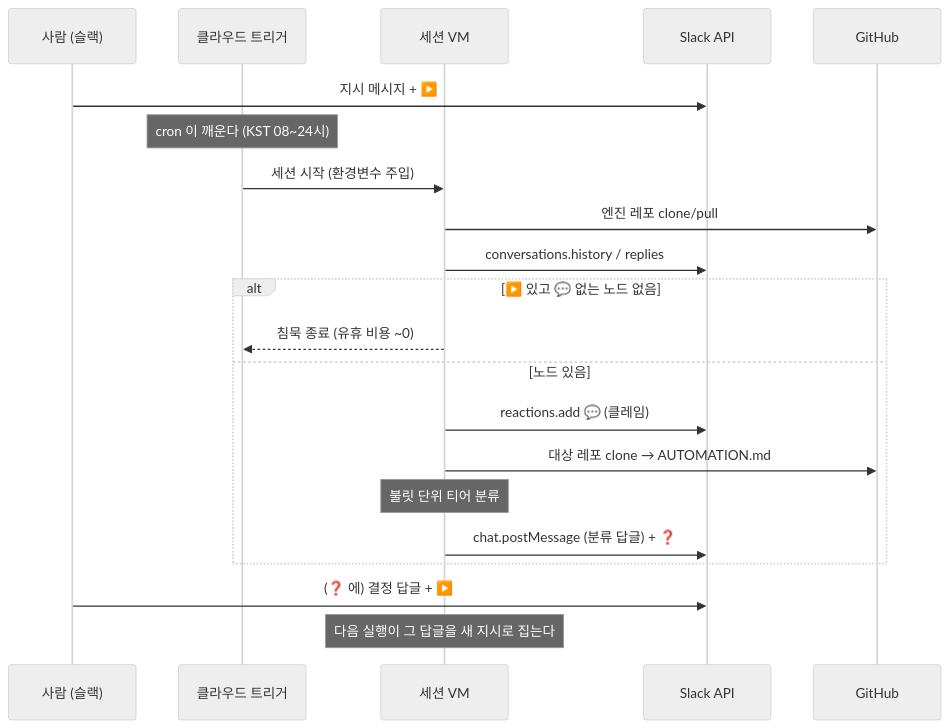
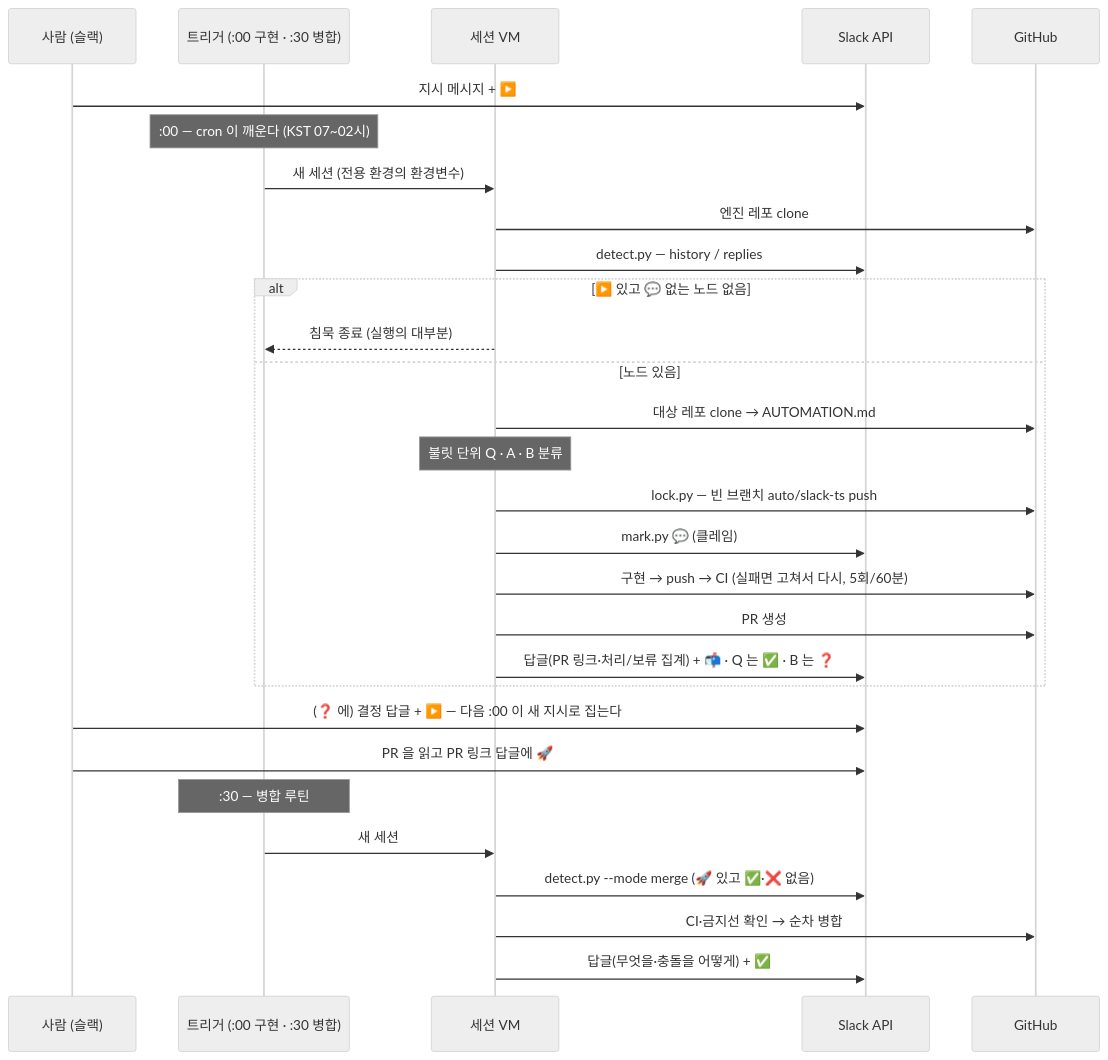
One commit to jonusHK/slack-autopilot changed the first of 3 diagrams in docs/design/runtime.md. Above: the diagram before and after it, drawn with Mermaid (neutral theme). The commit also changed other lines of this file and 8 other files, not shown here.

````diff
--- a/docs/design/runtime.md
+++ b/docs/design/runtime.md
@@ -11,24 +11,32 @@
 ```mermaid
 sequenceDiagram
     participant H as 사람 (슬랙)
-    participant T as 클라우드 트리거
+    participant T as 트리거 (:00 구현 · :30 병합)
     participant V as 세션 VM
     participant S as Slack API
     participant G as GitHub
 
     H->>S: 지시 메시지 + ▶️
-    Note over T: cron 이 깨운다 (KST 08~24시)
-    T->>V: 세션 시작 (환경변수 주입)
-    V->>G: 엔진 레포 clone/pull
-    V->>S: conversations.history / replies
+    Note over T: :00 — cron 이 깨운다 (KST 07~02시)
+    T->>V: 새 세션 (전용 환경의 환경변수)
+    V->>G: 엔진 레포 clone
+    V->>S: detect.py — history / replies
     alt ▶️ 있고 💬 없는 노드 없음
-        V-->>T: 침묵 종료 (유휴 비용 ~0)
+        V-->>T: 침묵 종료 (실행의 대부분)
     else 노드 있음
-        V->>S: reactions.add 💬 (클레임)
         V->>G: 대상 레포 clone → AUTOMATION.md
-        Note over V: 불릿 단위 티어 분류
-        V->>S: chat.postMessage (분류 답글) + ❓
+        Note over V: 불릿 단위 Q · A · B 분류
+        V->>G: lock.py — 빈 브랜치 auto/slack-ts push
+        V->>S: mark.py 💬 (클레임)
+        V->>G: 구현 → push → CI (실패면 고쳐서 다시, 5회/60분)
+        V->>G: PR 생성
+        V->>S: 답글(PR 링크·처리/보류 집계) + 📬 · Q 는 ✅ · B 는 ❓
     end
-    H->>S: (❓ 에) 결정 답글 + ▶️
-    Note over V: 다음 실행이 그 답글을 새 지시로 집는다
+    H->>S: (❓ 에) 결정 답글 + ▶️ — 다음 :00 이 새 지시로 집는다
+    H->>S: PR 을 읽고 PR 링크 답글에 🚀
+    Note over T: :30 — 병합 루틴
+    T->>V: 새 세션
+    V->>S: detect.py --mode merge (🚀 있고 ✅·❌ 없음)
+    V->>G: CI·금지선 확인 → 순차 병합
+    V->>S: 답글(무엇을·충돌을 어떻게) + ✅
 ```
````
